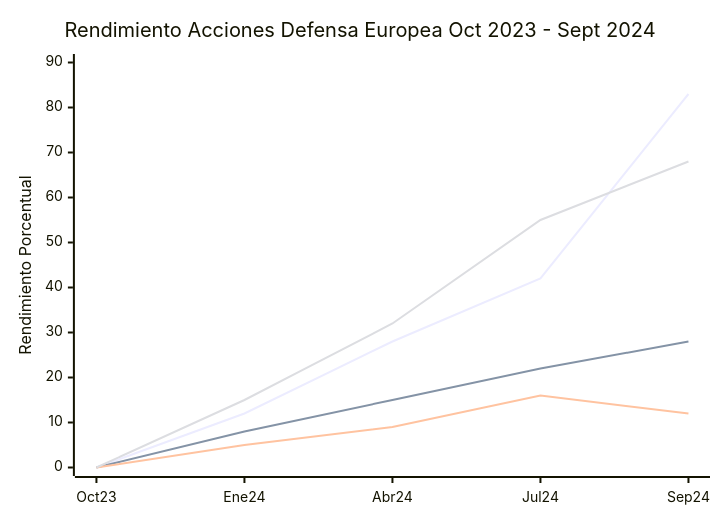
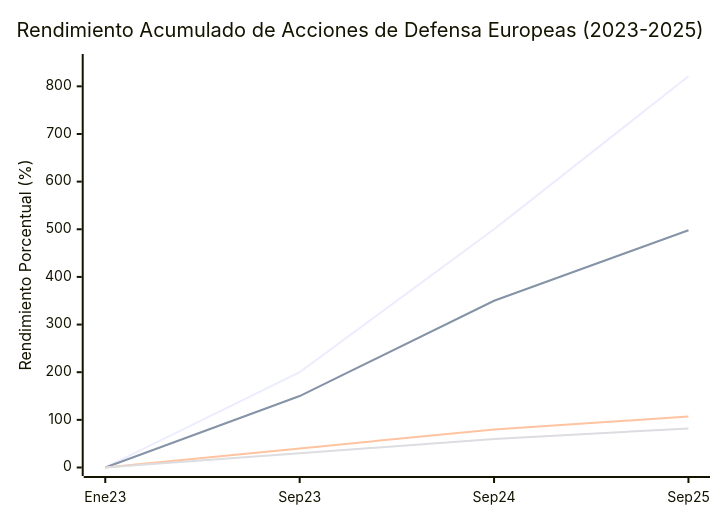
The eighth of 20 diagrams in intel/israel_geopolitical_analysis.md (perpetuocambio/annotations), drawn with Mermaid before and after one commit. The commit also changed other lines of this file, not shown here.

````diff
--- a/intel/israel_geopolitical_analysis.md
+++ b/intel/israel_geopolitical_analysis.md
@@ -353,10 +351,10 @@
 ```mermaid
 xychart-beta
-    title "Rendimiento Acciones Defensa Europea Oct 2023 - Sept 2024"
-    x-axis [Oct23, Ene24, Abr24, Jul24, Sep24]
-    y-axis "Rendimiento Porcentual" 0 --> 90
-    line [0, 12, 28, 42, 83]
-    line [0, 8, 15, 22, 28]
-    line [0, 5, 9, 16, 12]
-    line [0, 15, 32, 55, 68]
+    title "Rendimiento Acumulado de Acciones de Defensa Europeas (2023-2025)"
+    x-axis [Ene23, Sep23, Sep24, Sep25]
+    y-axis "Rendimiento Porcentual (%)" 0 --> 850
+    line [0, 200, 500, 821]
+    line [0, 150, 350, 498]
+    line [0, 40, 80, 107]
+    line [0, 30, 60, 82]
 ```
````
